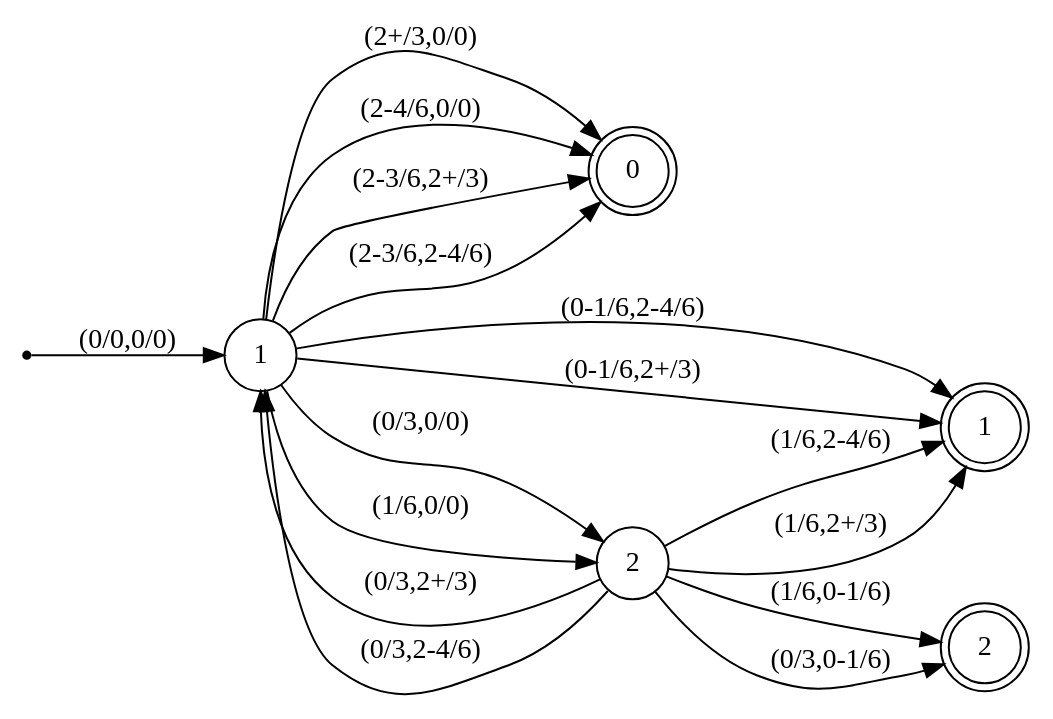
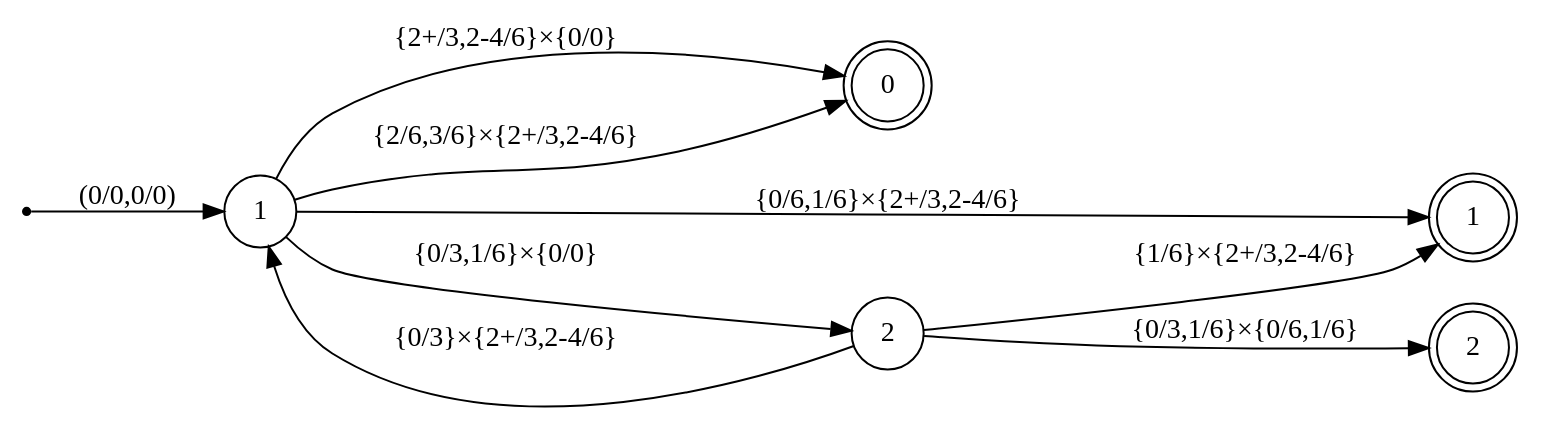
One commit to Precisfice/DEDUCTION changed the diagram in SM2.dot. Above: the diagram before and after it, drawn with Graphviz.

Commit message:
Condense arrows using set-product notation

```diff
--- a/SM2.dot
+++ b/SM2.dot
@@ -1,83 +1,72 @@
 digraph sm2 {
     rankdir=LR;
     node [colorscheme=set14, fontname="Helvetica:bold", shape=circle];
 
     start [shape=point, fillcolor="black"];
     0. [label="0", shape=doublecircle];
     1. [label="1", shape=doublecircle];
     2. [label="2", shape=doublecircle];
 
     // Self-arrows are commented out here, since the
     // crucial advantage of these state diagrams as
     // visualizations arises from allowing these to
     // remain implicit.
     
     start -> 1 [label="(0/0,0/0)"];
-    1 -> 0. [label="(2+/3,0/0)"];
-    1 -> 0. [label="(2-4/6,0/0)"];
-    1 -> 0. [label="(2-3/6,2+/3)"];
-    1 -> 0. [label="(2-3/6,2-4/6)"];
-    //1 -> 1 [label="(1/3,0/0)"]; // self-arrow
-    1 -> 2 [label="(0/3,0/0)"];
-    1 -> 2 [label="(1/6,0/0)"];
-    //2 -> 2 [label="(0/3,0/3)"]; // (cannot escalate from top dose)
-    //2 -> 2 [label="(0/3,1/3)"]; // self-arrow
-    //2 -> 2 [label="(1/6,1/3)"]; // self-arrow
-    2 -> 1 [label="(0/3,2+/3)"];
-    2 -> 1 [label="(0/3,2-4/6)"];
-    2 -> 2. [label="(1/6,0-1/6)"];
-    2 -> 2. [label="(0/3,0-1/6)"];
-    1 -> 1. [label="(0-1/6,2-4/6)"];
-    1 -> 1. [label="(0-1/6,2+/3)"];
-    2 -> 1. [label="(1/6,2-4/6)"];
-    2 -> 1. [label="(1/6,2+/3)"];
+    1 -> 0. [label="{2+/3,2-4/6}×{0/0}"];
+    1 -> 0. [label="{2/6,3/6}×{2+/3,2-4/6}"];
+    1 -> 2 [label="{0/3,1/6}×{0/0}"];
+    2 -> 1 [label="{0/3}×{2+/3,2-4/6}"];
+    2 -> 2. [label="{0/3,1/6}×{0/6,1/6}"];
+    1 -> 1. [label="{0/6,1/6}×{2+/3,2-4/6}"];
+    2 -> 1. [label="{1/6}×{2+/3,2-4/6}"];
 }
 
 // In the following, I count 4 distinct final tallies leading to Rec=2.
 // These are all accounted-for in the diagram above.
 // All 10 Rec=1 final tallies are also accounted for in the diagram.
 // (But note that the 5 final tallies {1/6}✕{2/3,3/3,2/6,3/6,4/6} are
 // reached from both states 1 and 2, and must not be double-counted!)
 // Lastly, I also count 15 final tallies leading to Rec=0.
 
 // As a further check, we can readily account for all escalation tallies,
 // since escalation 1->2 occurs after either 1 cohort, or 2; in which
 // cases the tally must be either (0/3,0/0) or (1/6,0/0) respectively.
 
 // Finally, de-escalation 2->1 occurs after 1 or 2 cohorts.  If after 1,
 // then the tally must have been (0/3,2+/3); if after 2, the tally must
 // have been (0/3,2-4/6).
 
 /*
 %?- d_endtally_rec(2, Q, D).
 %@    Q = [0/3,0/6], D = 2
 %@ ;  Q = [0/3,1/6], D = 2
 %@ ;  Q = [1/6,0/6], D = 2
 %@ ;  Q = [1/6,1/6], D = 2 % 4 Rec=2 {0/3,1/6}✕{0/6,1/6}
 %@ ;  Q = [0/6,2/3], D = 1
 %@ ;  Q = [0/6,3/3], D = 1
 %@ ;  Q = [0/6,2/6], D = 1
 %@ ;  Q = [0/6,3/6], D = 1
 %@ ;  Q = [0/6,4/6], D = 1
 %@ ;  Q = [1/6,2/3], D = 1
 %@ ;  Q = [1/6,3/3], D = 1
 %@ ;  Q = [1/6,2/6], D = 1
 %@ ;  Q = [1/6,3/6], D = 1
 %@ ;  Q = [1/6,4/6], D = 1 % 10 Rec=1 {0/6,1/6}✕{2/3,3/3,2/6,3/6,4/6}
 %@ ;  Q = [2/3,0/0], D = 0
 %@ ;  Q = [2/6,0/0], D = 0
 %@ ;  Q = [2/6,2/3], D = 0
 %@ ;  Q = [2/6,2/6], D = 0
 %@ ;  Q = [2/6,3/3], D = 0
 %@ ;  Q = [2/6,3/6], D = 0
 %@ ;  Q = [2/6,4/6], D = 0
 %@ ;  Q = [3/3,0/0], D = 0
 %@ ;  Q = [3/6,0/0], D = 0
 %@ ;  Q = [3/6,2/3], D = 0
 %@ ;  Q = [3/6,2/6], D = 0
 %@ ;  Q = [3/6,3/3], D = 0
 %@ ;  Q = [3/6,3/6], D = 0
 %@ ;  Q = [3/6,4/6], D = 0
 %@ ;  Q = [4/6,0/0], D = 0 % 15 Rec=0 final tallies
 %@ ;  false.
 */
```
